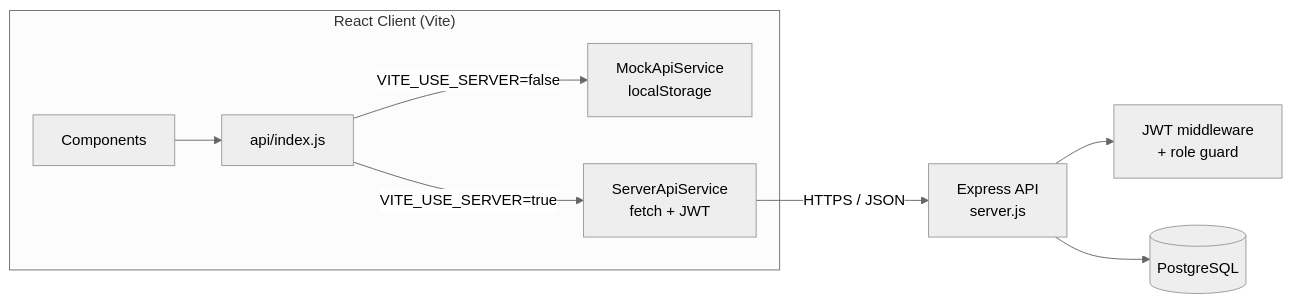
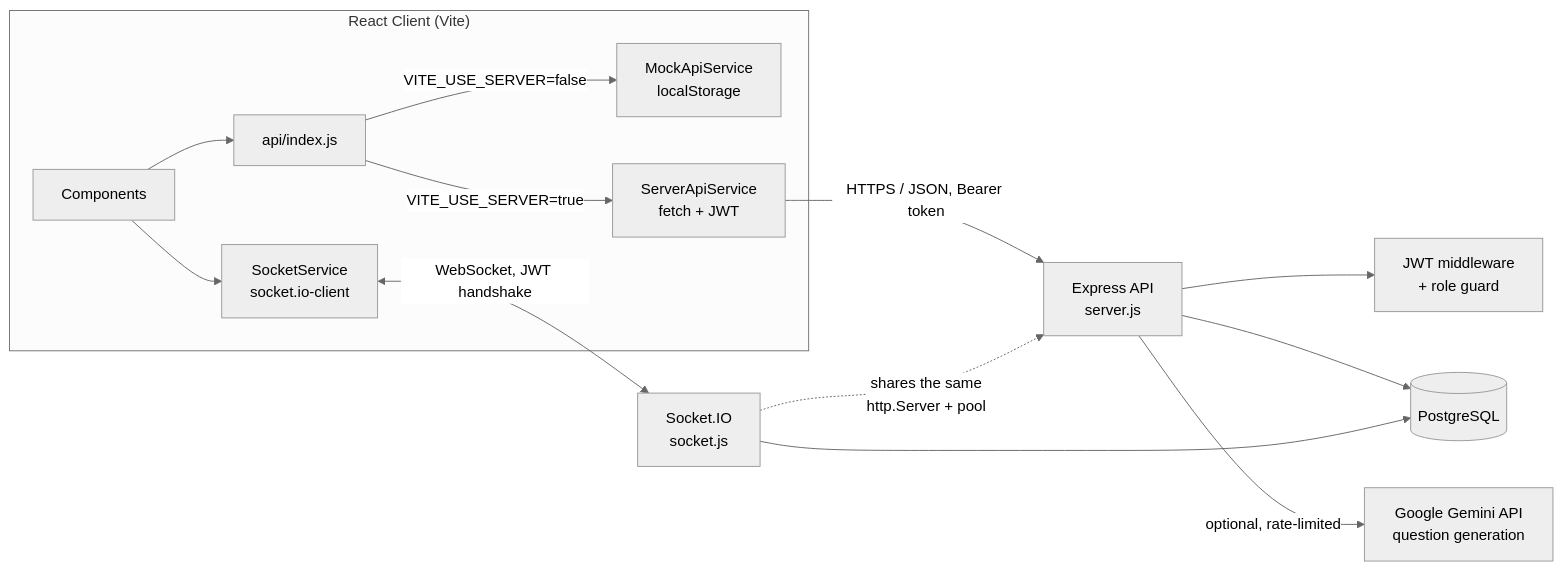
One commit to Hkuser18/FullStack_React changed the first of 9 diagrams in docs/ARCHITECTURE.md. Above: the diagram before and after it, drawn with Mermaid (neutral theme). The commit also changed other lines of this file and 3 other files, not shown here.

First line of the commit message:
Add final-submission documentation: architecture, API, and workflow docs

````diff
--- a/docs/ARCHITECTURE.md
+++ b/docs/ARCHITECTURE.md
@@ -5,12 +7,18 @@
 ```mermaid
 flowchart LR
     subgraph Client["React Client (Vite)"]
         UI[Components] --> API[api/index.js]
         API -->|VITE_USE_SERVER=false| Mock[MockApiService\nlocalStorage]
         API -->|VITE_USE_SERVER=true| Server[ServerApiService\nfetch + JWT]
+        UI --> Socket[SocketService\nsocket.io-client]
     end
 
-    Server -->|HTTPS / JSON| Express[Express API\nserver.js]
+    Server -->|HTTPS / JSON, Bearer token| Express[Express API\nserver.js]
+    Socket <-->|WebSocket, JWT handshake| IO[Socket.IO\nsocket.js]
+
     Express --> Auth[JWT middleware\n+ role guard]
     Express --> DB[(PostgreSQL)]
+    Express -->|optional, rate-limited| Gemini[Google Gemini API\nquestion generation]
+    IO -.->|shares the same\nhttp.Server + pool| Express
+    IO --> DB
 ```
````
